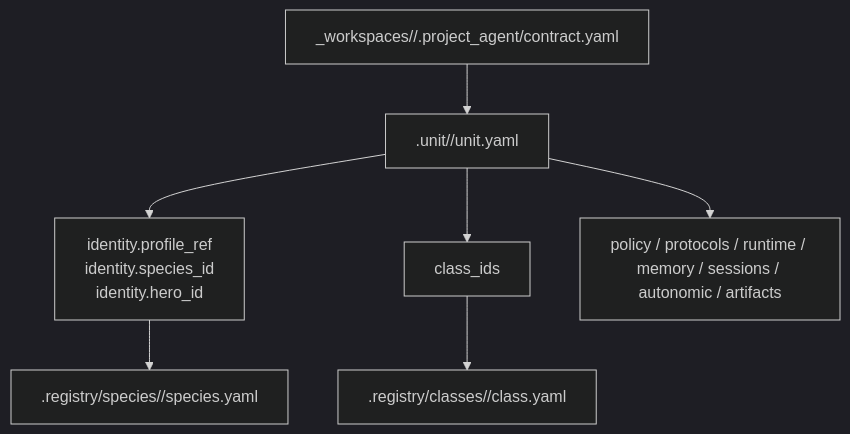
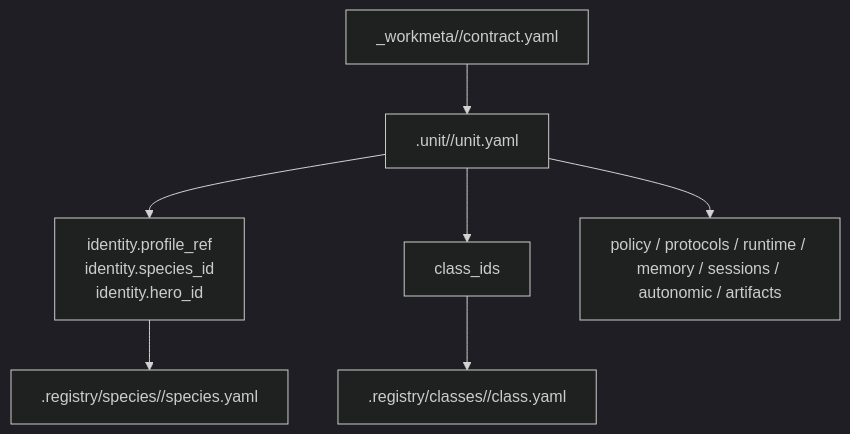
Before and after one commit to SungYongMOON/soulforge: the diagram in .unit/README.md, drawn with Mermaid (dark theme). The commit also changed other lines of this file and 111 other files, not shown here.

````diff
--- a/.unit/README.md
+++ b/.unit/README.md
@@ -10,9 +10,9 @@
 ```mermaid
 flowchart TD
   U[".unit/<unit_id>/unit.yaml"] --> ID["identity.profile_ref<br/>identity.species_id<br/>identity.hero_id"]
   U --> CID["class_ids"]
   ID --> SP[".registry/species/<species_id>/species.yaml"]
   CID --> CL[".registry/classes/<class_id>/class.yaml"]
   U --> OS["policy / protocols / runtime / memory / sessions / autonomic / artifacts"]
-  WS["_workspaces/<project_code>/.project_agent/contract.yaml"] --> U
+  WS["_workmeta/<project_code>/contract.yaml"] --> U
 ```
````
